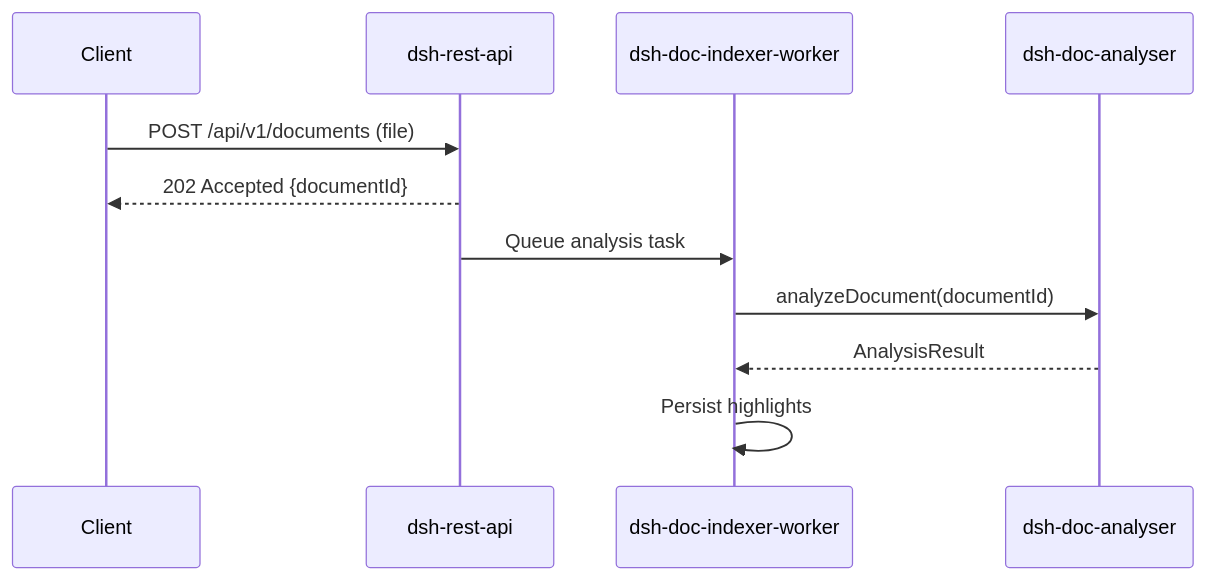
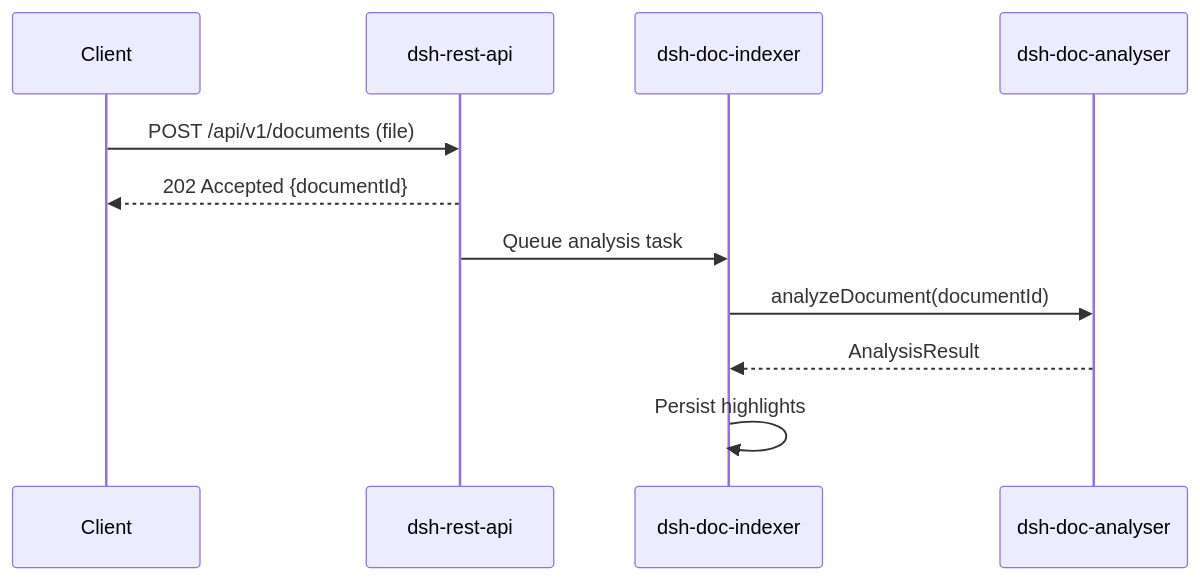
Before and after one commit to MRISS-Projects/dsh: the diagram in specs/architecture/sequence-diagrams/README.md, drawn with Mermaid. The commit also changed 15 other files, not shown here.

````diff
--- a/specs/architecture/sequence-diagrams/README.md
+++ b/specs/architecture/sequence-diagrams/README.md
@@ -26,14 +26,14 @@
 ```mermaid
 sequenceDiagram
     participant Client
     participant API as dsh-rest-api
-    participant Worker as dsh-doc-indexer-worker
+    participant Worker as dsh-doc-indexer
     participant Analyser as dsh-doc-analyser
 
     Client->>API: POST /api/v1/documents (file)
     API-->>Client: 202 Accepted {documentId}
     API->>Worker: Queue analysis task
     Worker->>Analyser: analyzeDocument(documentId)
     Analyser-->>Worker: AnalysisResult
     Worker->>Worker: Persist highlights
 ```
````
